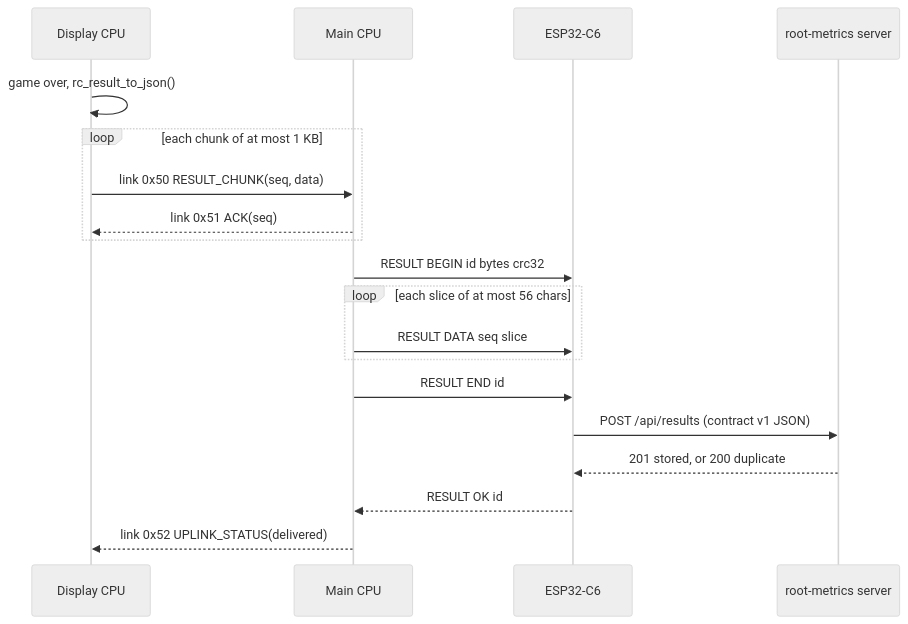
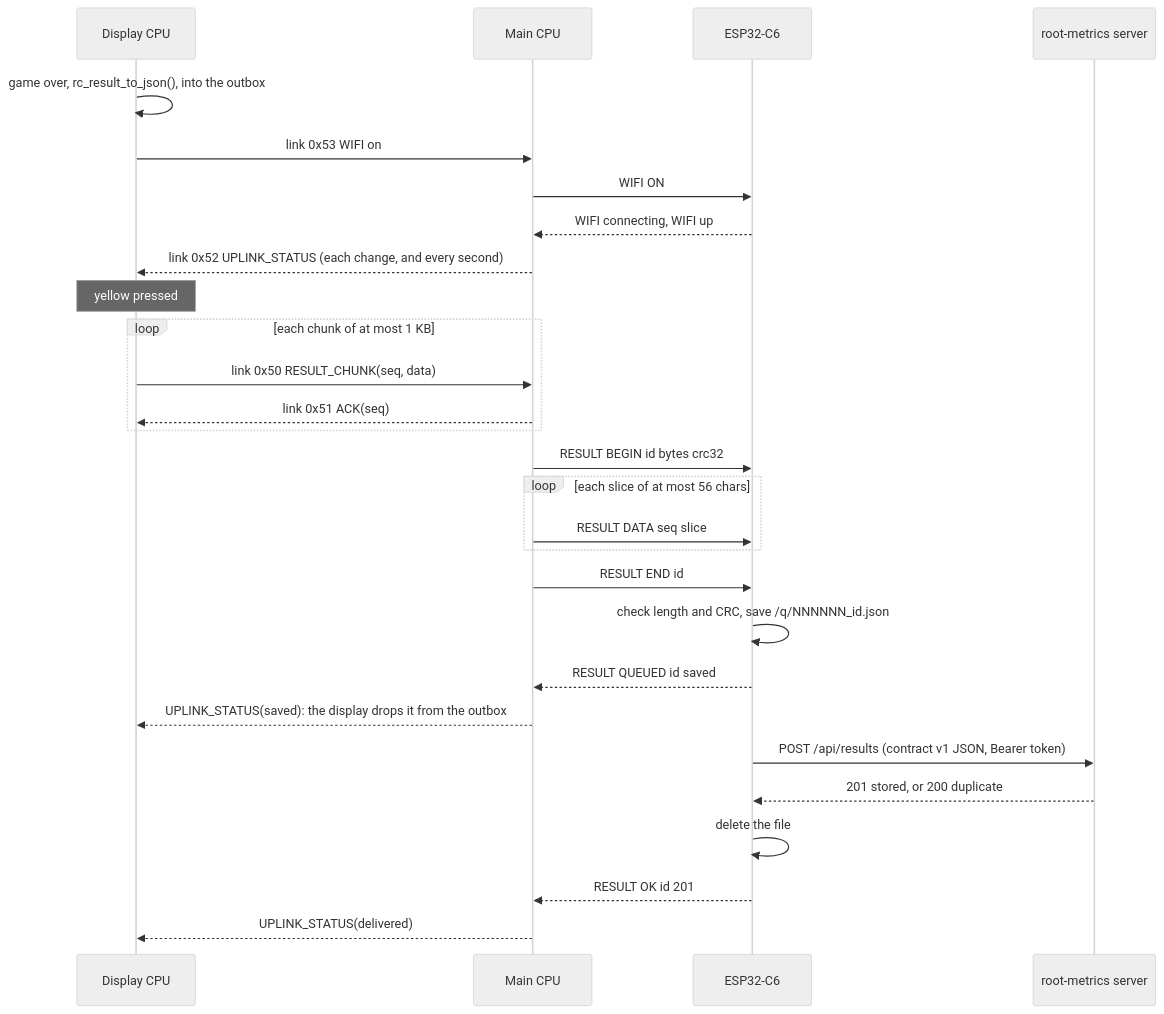
One commit to alessandrofelici/hardware-playground changed the second of 2 diagrams in documents/04-future-esp32-integration.md. Above: the diagram before and after it, drawn with Mermaid (neutral theme). The commit also changed other lines of this file and 40 other files, not shown here.

````diff
--- a/documents/04-future-esp32-integration.md
+++ b/documents/04-future-esp32-integration.md
@@ -34,21 +44,30 @@
 ```mermaid
 sequenceDiagram
     participant D as Display CPU
     participant M as Main CPU
     participant C as ESP32-C6
     participant S as root-metrics server
-    D->>D: game over, rc_result_to_json()
+    D->>D: game over, rc_result_to_json(), into the outbox
+    D->>M: link 0x53 WIFI on
+    M->>C: WIFI ON
+    C-->>M: WIFI connecting, WIFI up
+    M-->>D: link 0x52 UPLINK_STATUS (each change, and every second)
+    Note over D: yellow pressed
     loop each chunk of at most 1 KB
         D->>M: link 0x50 RESULT_CHUNK(seq, data)
         M-->>D: link 0x51 ACK(seq)
     end
     M->>C: RESULT BEGIN id bytes crc32
     loop each slice of at most 56 chars
         M->>C: RESULT DATA seq slice
     end
     M->>C: RESULT END id
-    C->>S: POST /api/results (contract v1 JSON)
+    C->>C: check length and CRC, save /q/NNNNNN_id.json
+    C-->>M: RESULT QUEUED id saved
+    M-->>D: UPLINK_STATUS(saved): the display drops it from the outbox
+    C->>S: POST /api/results (contract v1 JSON, Bearer token)
     S-->>C: 201 stored, or 200 duplicate
-    C-->>M: RESULT OK id
-    M-->>D: link 0x52 UPLINK_STATUS(delivered)
+    C->>C: delete the file
+    C-->>M: RESULT OK id 201
+    M-->>D: UPLINK_STATUS(delivered)
 ```
````
